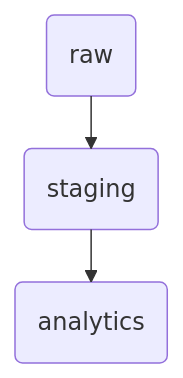
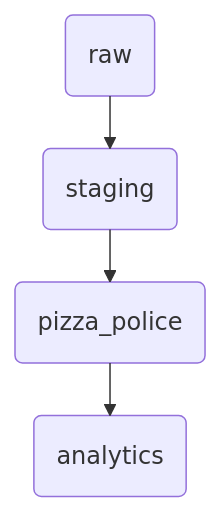
One commit to LeonardoNatale/pizza-engineering changed the first of 2 diagrams in docs/README.md. Above: the diagram before and after it, drawn with Mermaid. The commit also changed other lines of this file and 10 other files, not shown here.

Commit message:
clean up pizza data, add police layer

````diff
--- a/docs/README.md
+++ b/docs/README.md
@@ -11,9 +12,11 @@
 ```mermaid
 %%{init: {"flowchart": {"defaultRenderer": "elk"}} }%%
 flowchart TB
     analytics(analytics)
+    pizza_police(pizza_police)
     raw(raw)
     staging(staging)
-    staging --> analytics
+    pizza_police --> analytics
+    staging --> pizza_police
     raw --> staging
 ```
````
